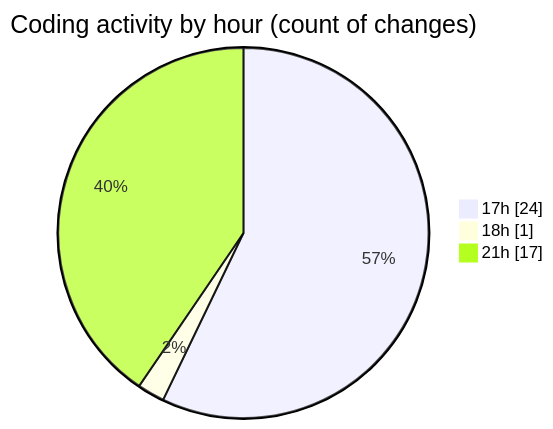
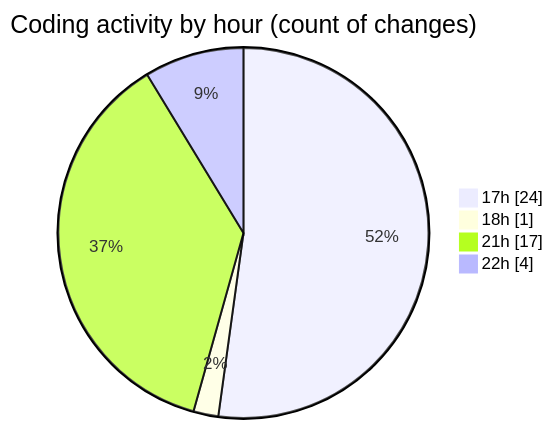
One commit to EIIisD/code-tracking changed the second of 2 diagrams in 2025-07-13/tampermonkey/README.md. Above: the diagram before and after it, drawn with Mermaid. The commit also changed other lines of this file and 1 other file, not shown here.

````diff
--- a/2025-07-13/tampermonkey/README.md
+++ b/2025-07-13/tampermonkey/README.md
@@ -44,7 +44,8 @@
 ```mermaid
 pie showData
 title Coding activity by hour (count of changes)
 "17h" : 24
 "18h" : 1
 "21h" : 17
+"22h" : 4
 ```
````
